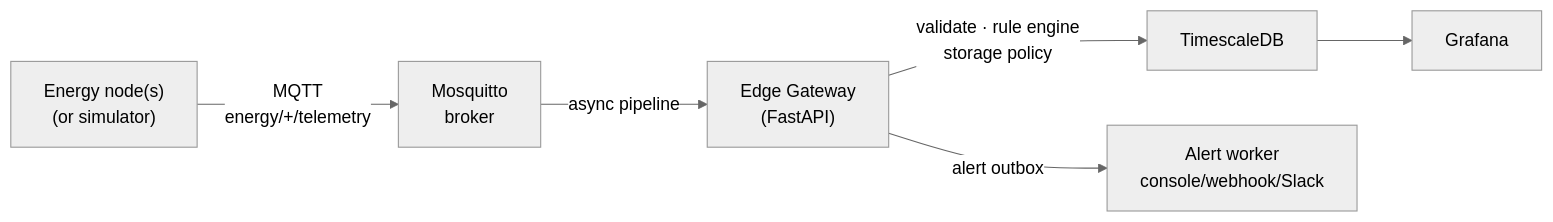
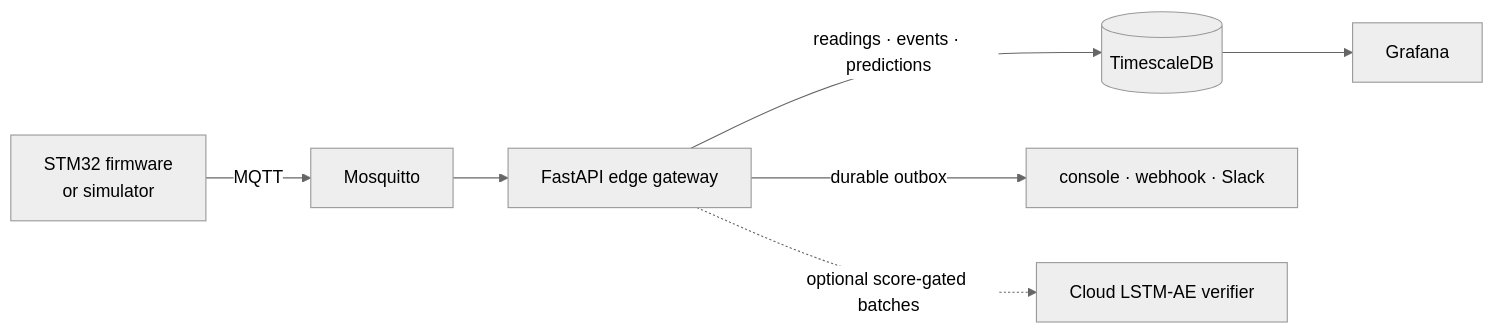
Before and after one commit to ShafayetSadi/energy-pipeline: the diagram in README.md, drawn with Mermaid (neutral theme). The commit also changed other lines of this file and 14 other files, not shown here.

````diff
--- a/README.md
+++ b/README.md
@@ -6,8 +6,9 @@
 ```mermaid
 flowchart LR
-    A["Energy node(s)\n(or simulator)"] -->|"MQTT\nenergy/+/telemetry"| B[Mosquitto\nbroker]
-    B -->|async pipeline| C["Edge Gateway\n(FastAPI)"]
-    C -->|"validate · rule engine\nstorage policy"| D[TimescaleDB]
-    C -->|"alert outbox"| F["Alert worker\nconsole/webhook/Slack"]
-    D --> E[Grafana]
+    A["STM32 firmware\nor simulator"] -->|"MQTT"| B["Mosquitto"]
+    B --> C["FastAPI edge gateway"]
+    C -->|"readings · events · predictions"| D[("TimescaleDB")]
+    C -->|"durable outbox"| F["console · webhook · Slack"]
+    C -. "optional score-gated batches" .-> G["Cloud LSTM-AE verifier"]
+    D --> E["Grafana"]
 ```
````
